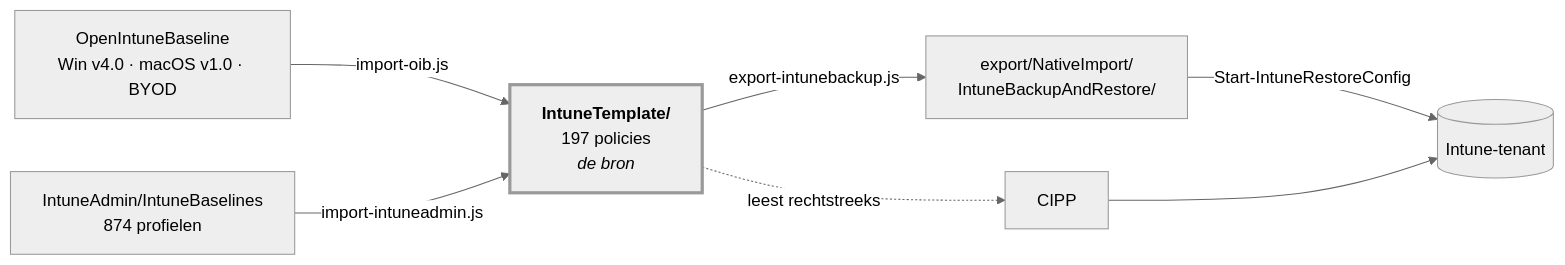
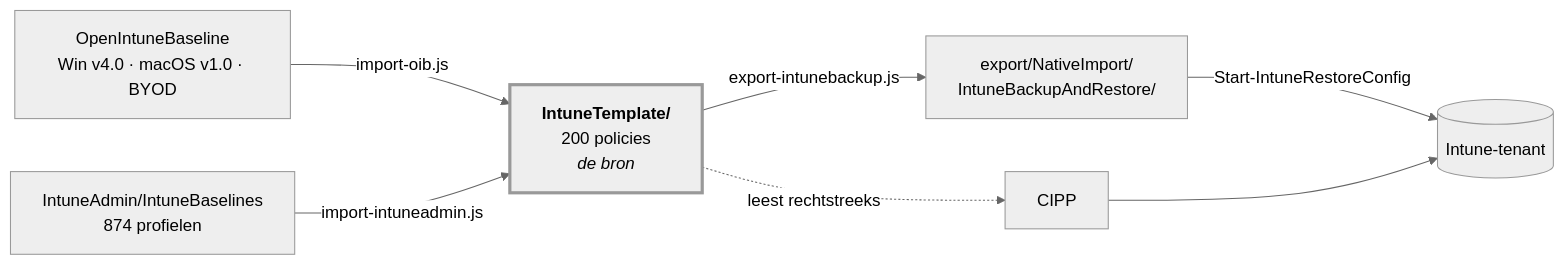
One commit to sjkanon/IntuneBackup changed the diagram in README.md. Above: the diagram before and after it, drawn with Mermaid (neutral theme). The commit also changed other lines of this file and 63 other files, not shown here.

````diff
--- a/README.md
+++ b/README.md
@@ -20,17 +20,17 @@
 ```mermaid
 flowchart LR
   OIB["OpenIntuneBaseline<br/>Win v4.0 · macOS v1.0 · BYOD"]
-  T["<b>IntuneTemplate/</b><br/>197 policies<br/><i>de bron</i>"]
+  T["<b>IntuneTemplate/</b><br/>200 policies<br/><i>de bron</i>"]
   EX["export/NativeImport/<br/>IntuneBackupAndRestore/"]
   TENANT[("Intune-tenant")]
 
   OIB -->|import-oib.js| T
   T -->|export-intunebackup.js| EX
   T -.->|leest rechtstreeks| CIPP[CIPP]
   EX -->|Start-IntuneRestoreConfig| TENANT
   CIPP --> TENANT
 
   IA["IntuneAdmin/IntuneBaselines<br/>874 profielen"] -->|import-intuneadmin.js| T
 
   style T stroke-width:3px
 ```
````
